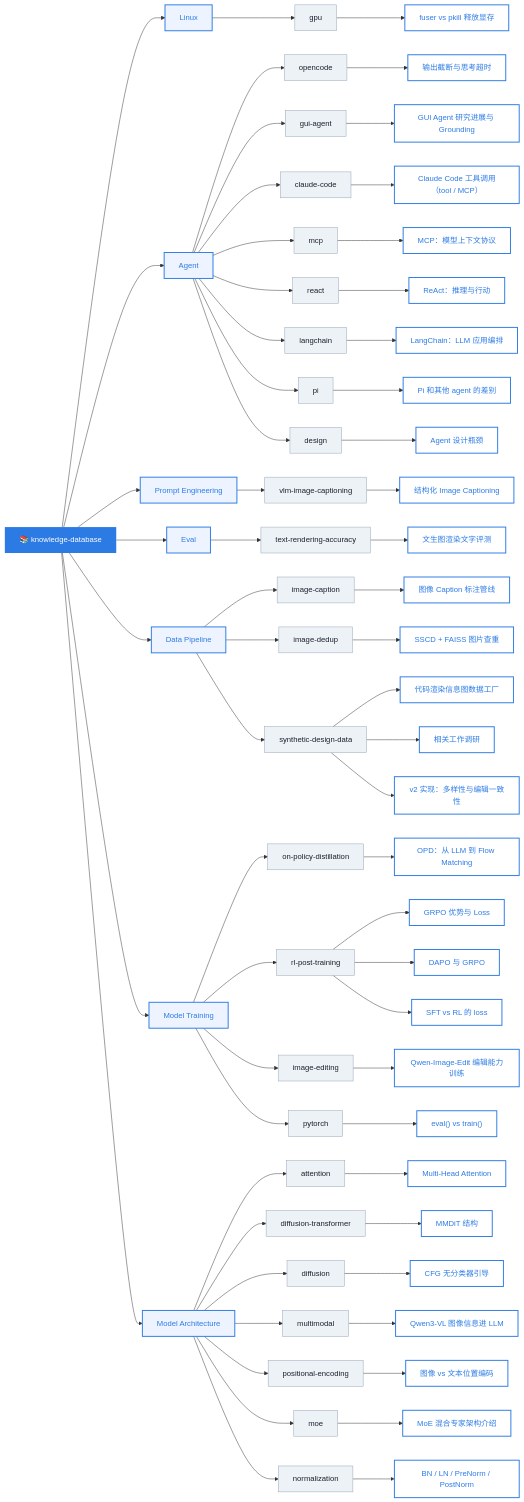
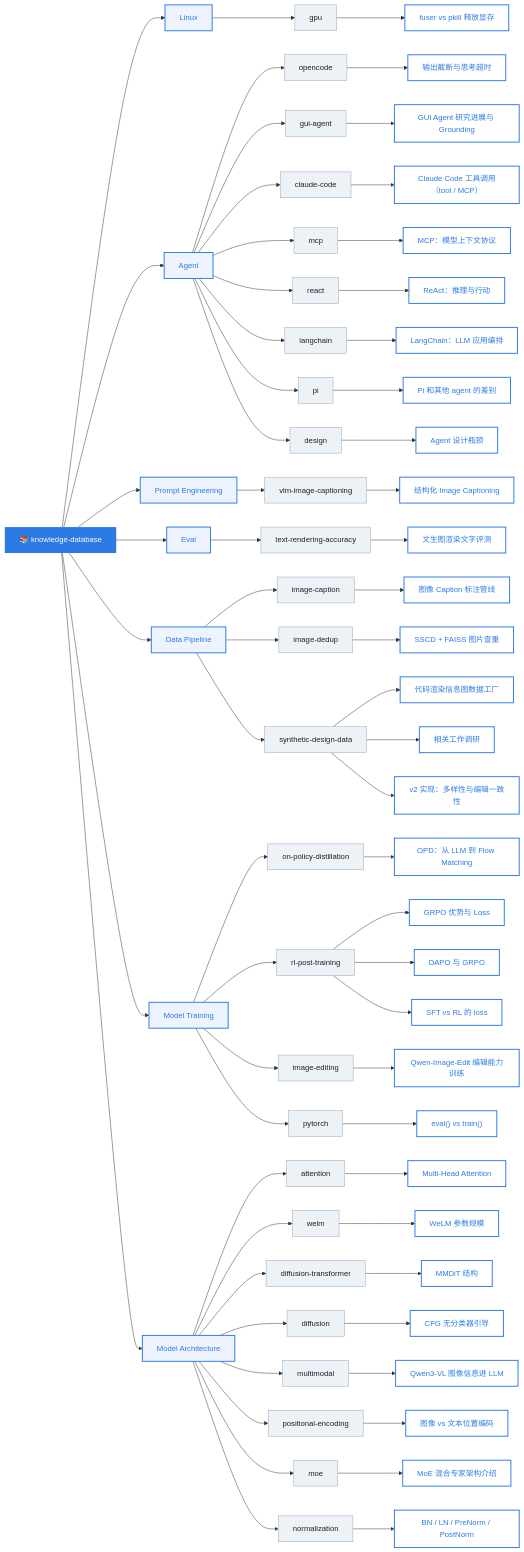
One commit to caseclose/knowledge-database changed the diagram in README.md. Above: the diagram before and after it, drawn with Mermaid. The commit also changed other lines of this file and 2 other files, not shown here.

Commit message:
add: WeLM 各规格总参与激活参

````diff
--- a/README.md
+++ b/README.md
@@ -69,6 +69,8 @@
 
     MA --> Attn["attention"]
     Attn --> K29["Multi-Head Attention"]
+    MA --> WeLM["welm"]
+    WeLM --> K30["WeLM 参数规模"]
     MA --> DT["diffusion-transformer"]
     DT --> K16["MMDiT 结构"]
     MA --> Diff["diffusion"]
@@ -89,8 +91,8 @@
 
     class KB root
     class Linux,Agent,PE,Eval,DP,MT,MA category
-    class GPU,OC,GUI,CC,MCP,RA,LC,PI,AD,PE1,EV1,DP1,DP2,DP3,OPD,RLPT,IE,PT,DT,Diff,MM,PEnc,MoE,Norm,Attn sub
-    class K1,K2,K3,K4,K5,K6,K7,K8,K9,K10,K11,K12,K13,K14,K15,K16,K17,K18,K19,K20,K21,K22,K23,K24,K25,K26,K27,K28,K29 knowledge
+    class GPU,OC,GUI,CC,MCP,RA,LC,PI,AD,PE1,EV1,DP1,DP2,DP3,OPD,RLPT,IE,PT,DT,Diff,MM,PEnc,MoE,Norm,Attn,WeLM sub
+    class K1,K2,K3,K4,K5,K6,K7,K8,K9,K10,K11,K12,K13,K14,K15,K16,K17,K18,K19,K20,K21,K22,K23,K24,K25,K26,K27,K28,K29,K30 knowledge
 
     click K1 href "#/linux/gpu/fuser-vs-pkill-release-gpu-memory"
     click K2 href "#/agent/opencode/output-truncation-and-thinking-timeout"
@@ -121,4 +123,5 @@
     click K27 href "#/agent/design/agent-design-bottlenecks"
     click K28 href "#/model-architecture/diffusion/classifier-free-guidance"
     click K29 href "#/model-architecture/attention/multihead-attention"
+    click K30 href "#/model-architecture/welm/welm-parameter-scales"
 ```
````
